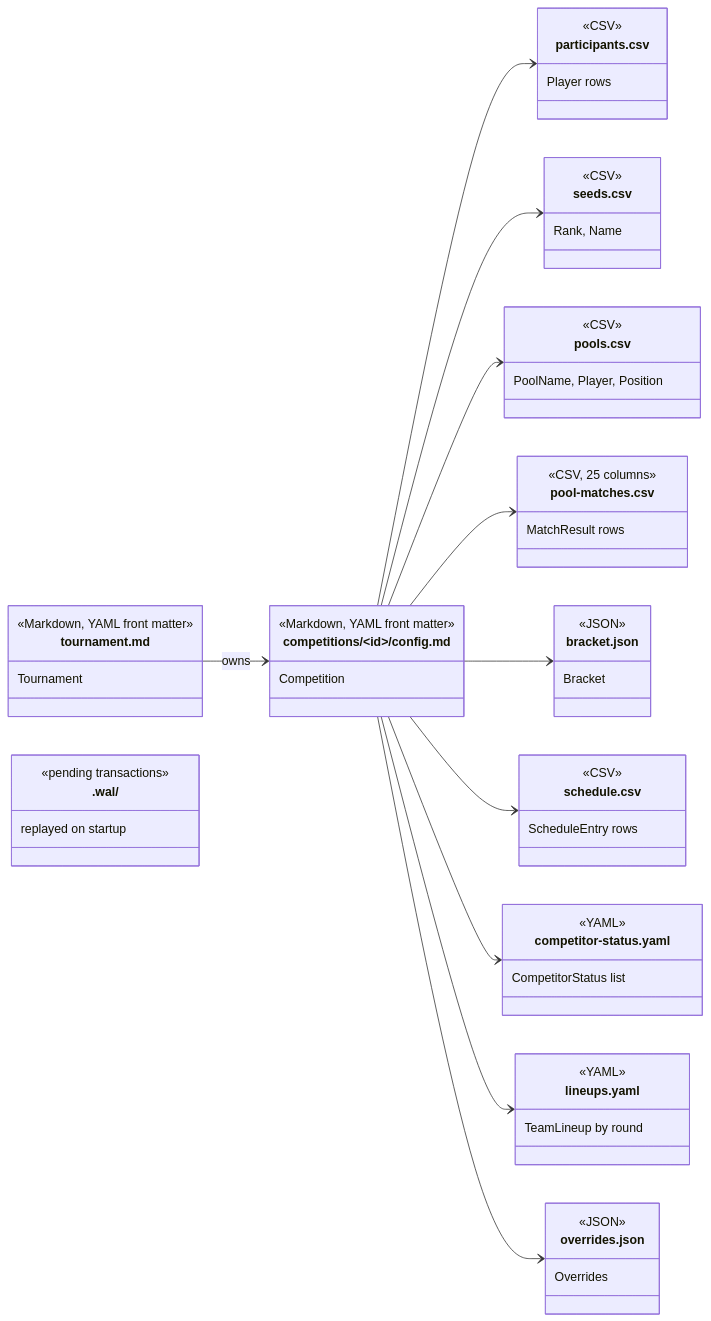
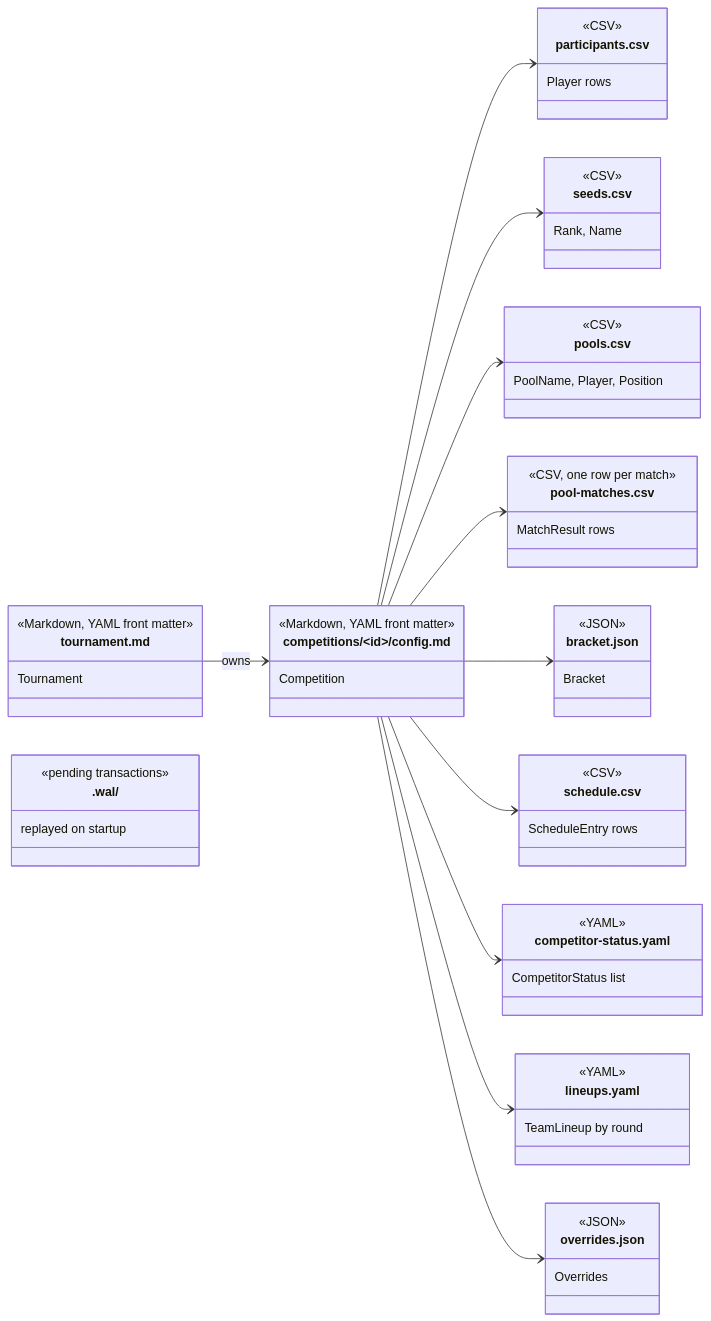
One commit to gitrgoliveira/bracket-creator changed the third of 4 diagrams in docs/architecture/data-model.md. Above: the diagram before and after it, drawn with Mermaid. The commit also changed other lines of this file and 9 other files, not shown here.

````diff
--- a/docs/architecture/data-model.md
+++ b/docs/architecture/data-model.md
@@ -246,64 +246,64 @@
 ```mermaid
 classDiagram
     direction LR
 
     class tournament_md["tournament.md"] {
         <<Markdown, YAML front matter>>
         Tournament
     }
     class config_md["competitions/&lt;id&gt;/config.md"] {
         <<Markdown, YAML front matter>>
         Competition
     }
     class participants_csv["participants.csv"] {
         <<CSV>>
         Player rows
     }
     class seeds_csv["seeds.csv"] {
         <<CSV>>
         Rank, Name
     }
     class pools_csv["pools.csv"] {
         <<CSV>>
         PoolName, Player, Position
     }
     class pool_matches_csv["pool-matches.csv"] {
-        <<CSV, 25 columns>>
+        <<CSV, one row per match>>
         MatchResult rows
     }
     class bracket_json["bracket.json"] {
         <<JSON>>
         Bracket
     }
     class schedule_csv["schedule.csv"] {
         <<CSV>>
         ScheduleEntry rows
     }
     class status_yaml["competitor-status.yaml"] {
         <<YAML>>
         CompetitorStatus list
     }
     class lineups_yaml["lineups.yaml"] {
         <<YAML>>
         TeamLineup by round
     }
     class overrides_json["overrides.json"] {
         <<JSON>>
         Overrides
     }
     class wal[".wal/"] {
         <<pending transactions>>
         replayed on startup
     }
 
     tournament_md --> config_md : owns
     config_md --> participants_csv
     config_md --> seeds_csv
     config_md --> pools_csv
     config_md --> pool_matches_csv
     config_md --> bracket_json
     config_md --> schedule_csv
     config_md --> status_yaml
     config_md --> lineups_yaml
     config_md --> overrides_json
 ```
````
